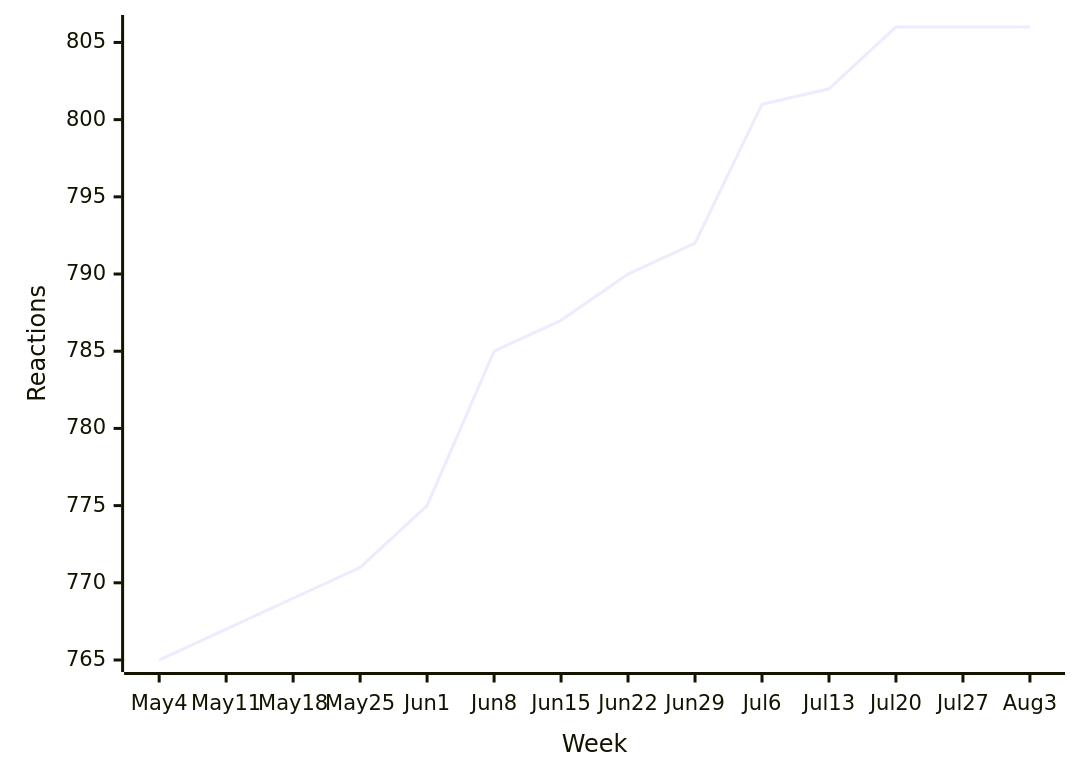
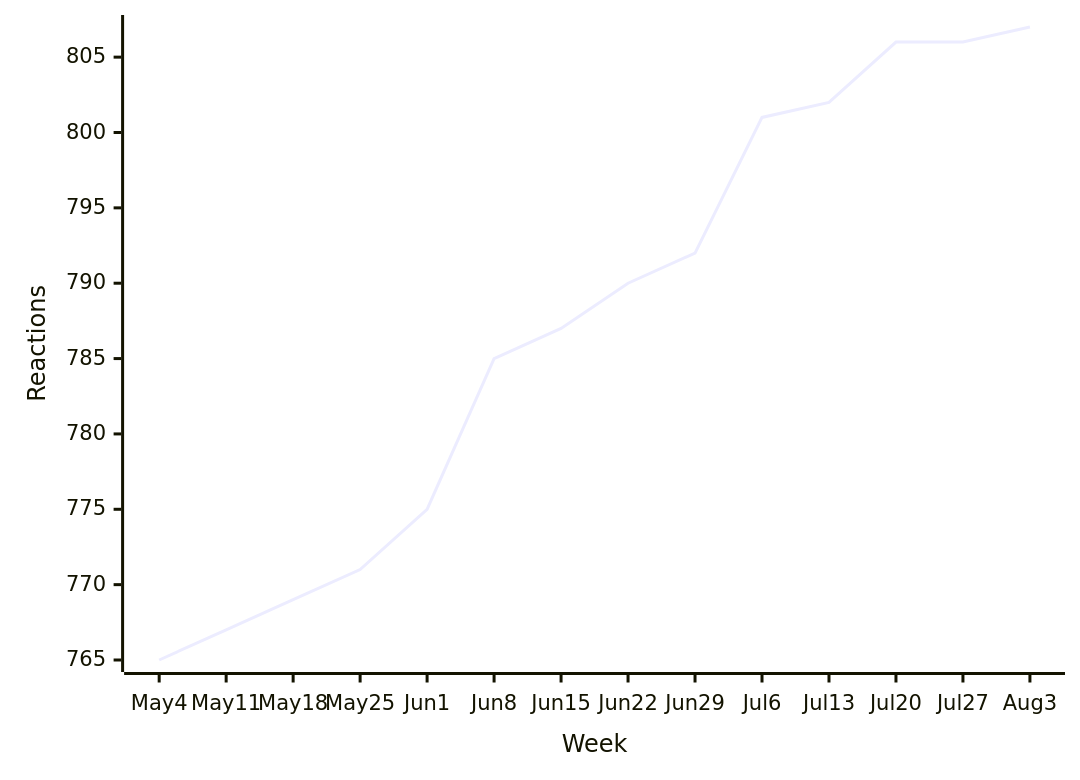
Before and after one commit to loic-sharma/github-insights: the first of 45 diagrams in README.md, drawn with Mermaid. The commit also changed other lines of this file and 1 other file, not shown here.

````diff
--- a/README.md
+++ b/README.md
@@ -339,6 +339,6 @@
   ```mermaid
   xychart-beta
     x-axis "Week" [May 4, May 11, May 18, May 25, Jun 1, Jun 8, Jun 15, Jun 22, Jun 29, Jul 6, Jul 13, Jul 20, Jul 27, Aug 3]
     y-axis "Reactions"
-    line [765, 767, 769, 771, 775, 785, 787, 790, 792, 801, 802, 806, 806, 806]
+    line [765, 767, 769, 771, 775, 785, 787, 790, 792, 801, 802, 806, 806, 807]
   ```
````
